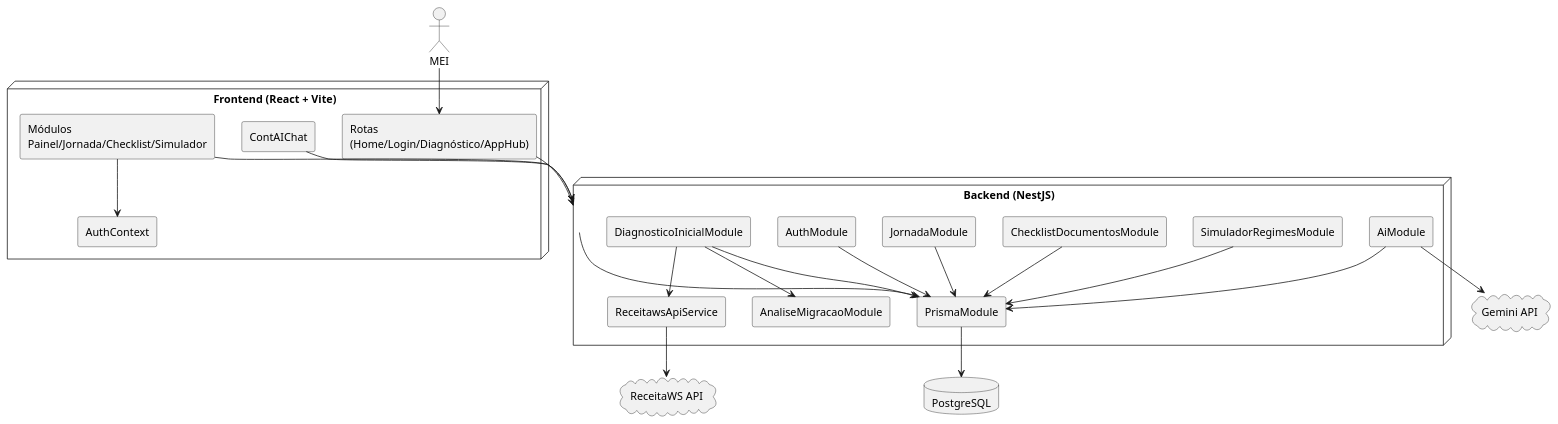
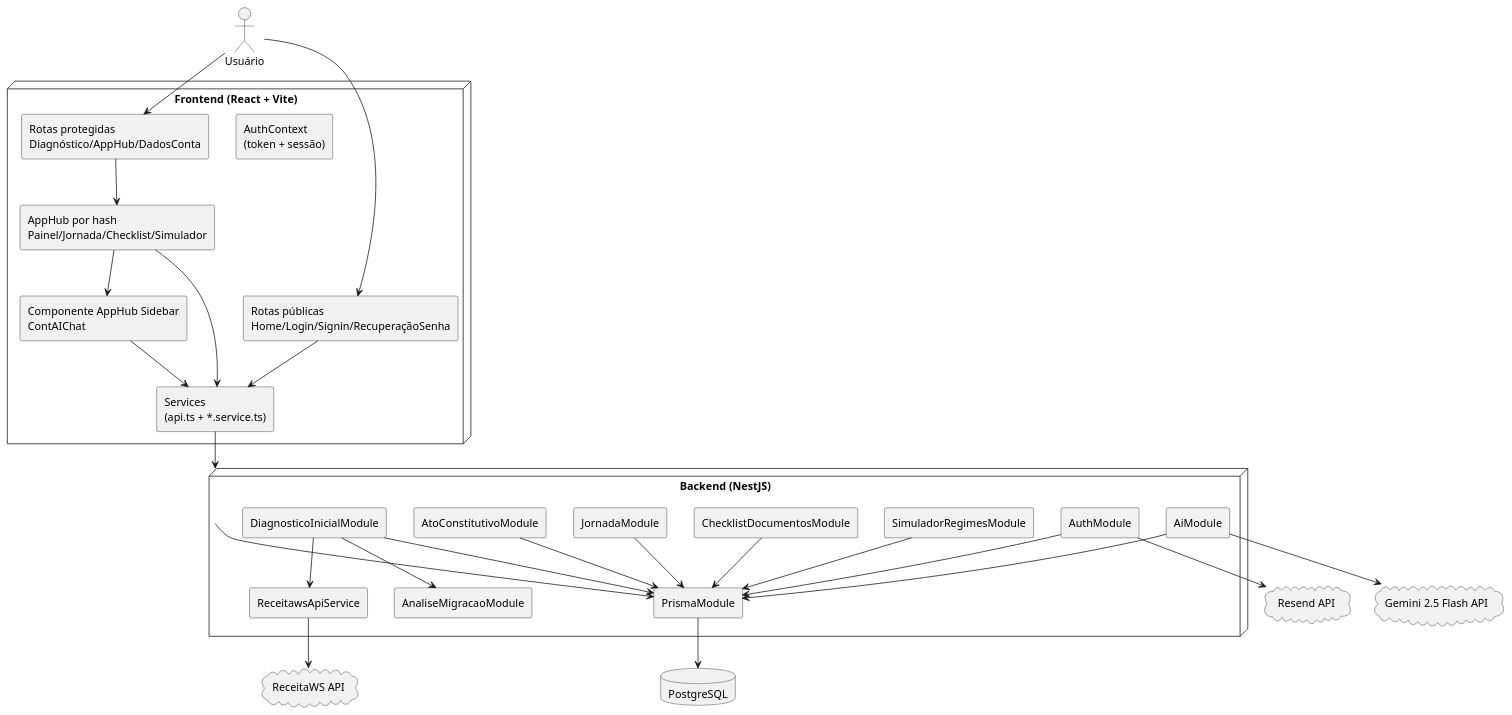
One commit to NioDev01/mei-2-me changed the diagram in client/docs/uml/componentes-arquitetura/componentes-arquitetura.puml. Above: the diagram before and after it, drawn with PlantUML. The commit also changed 9 other files, not shown here.

```diff
--- a/client/docs/uml/componentes-arquitetura/componentes-arquitetura.puml
+++ b/client/docs/uml/componentes-arquitetura/componentes-arquitetura.puml
@@ -1,50 +1,60 @@
 @startuml
 skinparam componentStyle rectangle
 skinparam shadowing false
 
-actor "MEI" as user
+actor "Usuário" as USER
 
 node "Frontend (React + Vite)" as FE {
-  component "Rotas\n(Home/Login/Diagnóstico/AppHub)" as FE_ROUTES
-  component "Módulos\nPainel/Jornada/Checklist/Simulador" as FE_MODULES
-  component "ContAIChat" as FE_CHAT
-  component "AuthContext" as FE_AUTH
+  component "AuthContext\n(token + sessão)" as FE_AUTH
+  component "Rotas públicas\nHome/Login/Signin/RecuperaçãoSenha" as FE_PUBLIC
+  component "Rotas protegidas\nDiagnóstico/AppHub/DadosConta" as FE_PRIVATE
+  component "AppHub por hash\nPainel/Jornada/Checklist/Simulador" as FE_HUB
+  component "Componente AppHub Sidebar\nContAIChat" as FE_CHAT
+  component "Services\n(api.ts + *.service.ts)" as FE_SERVICES
 }
 
 node "Backend (NestJS)" as BE {
   component "AuthModule" as AUTH
   component "DiagnosticoInicialModule" as DIAG
   component "AnaliseMigracaoModule" as ANALISE
   component "SimuladorRegimesModule" as SIM
   component "ChecklistDocumentosModule" as CHECK
   component "JornadaModule" as JORNADA
+  component "AtoConstitutivoModule" as ATOCONST
   component "AiModule" as AI
   component "ReceitawsApiService" as RECEITA_SVC
   component "PrismaModule" as PRISMA
 }
 
 database "PostgreSQL" as DB
 cloud "ReceitaWS API" as RECEITA_API
-cloud "Gemini API" as GEMINI_API
+cloud "Resend API" as RESEND_API
+cloud "Gemini 2.5 Flash API" as GEMINI_API
 
-user --> FE_ROUTES
-FE_MODULES --> FE_AUTH
-FE_ROUTES --> BE
-FE_MODULES --> BE
-FE_CHAT --> BE
+USER --> FE_PUBLIC
+USER --> FE_PRIVATE
+
+FE_PUBLIC --> FE_SERVICES
+FE_PRIVATE --> FE_HUB
+FE_HUB --> FE_SERVICES
+FE_HUB --> FE_CHAT
+FE_CHAT --> FE_SERVICES
+FE_SERVICES --> BE
 
 BE --> PRISMA
 PRISMA --> DB
 
 DIAG --> ANALISE
 DIAG --> RECEITA_SVC
 RECEITA_SVC --> RECEITA_API
 AI --> GEMINI_API
+AUTH --> RESEND_API
 
 AUTH --> PRISMA
 DIAG --> PRISMA
 SIM --> PRISMA
 CHECK --> PRISMA
 JORNADA --> PRISMA
+ATOCONST --> PRISMA
 AI --> PRISMA
 @enduml
```
